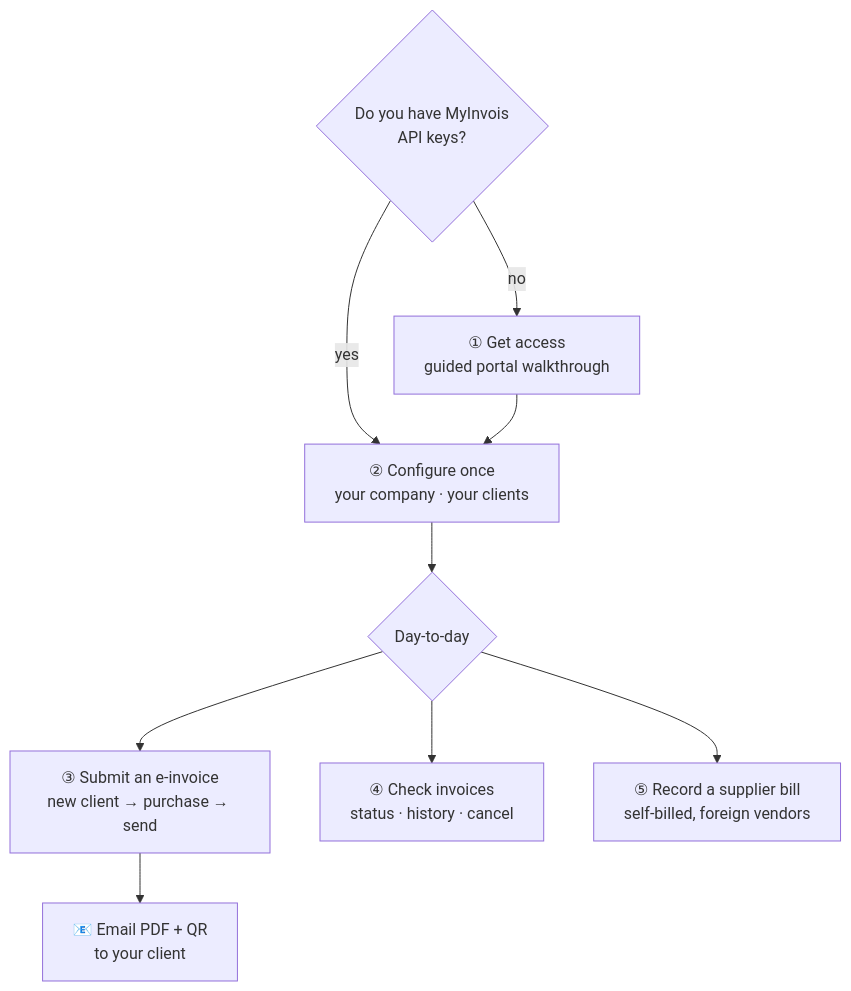
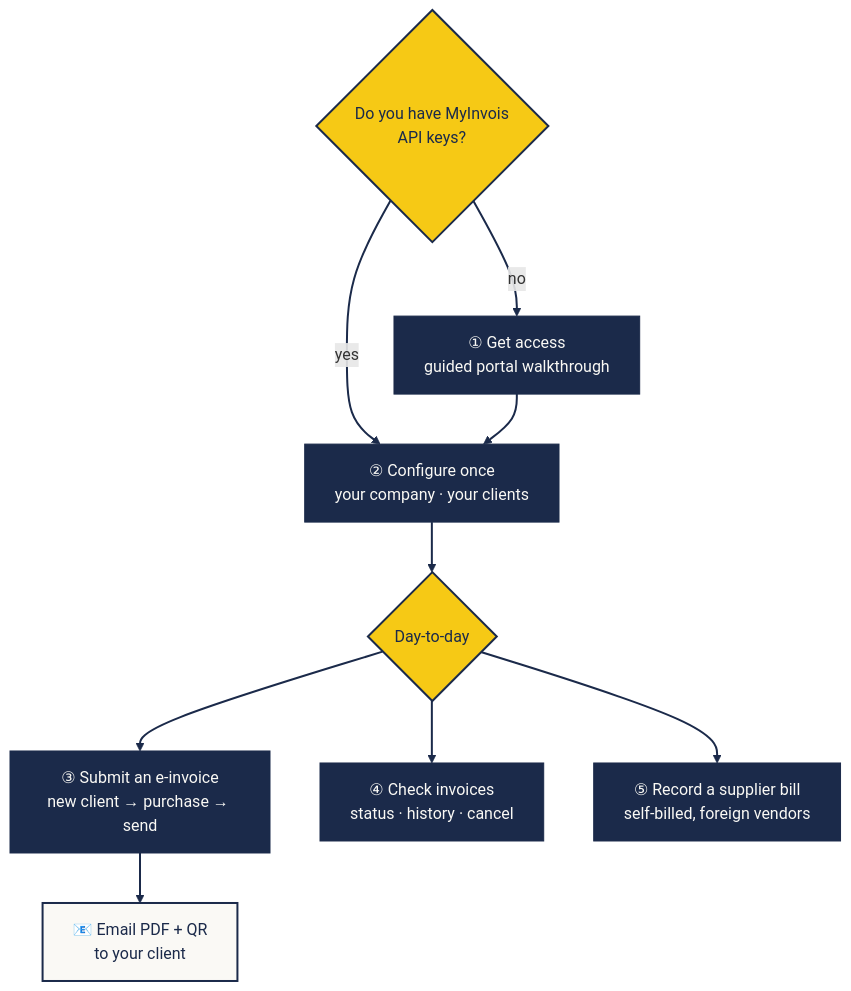
One commit to techtemplemy/mcp-myinvois changed the first of 2 diagrams in README.md. Above: the diagram before and after it, drawn with Mermaid. The commit also changed other lines of this file and 2 other files, not shown here.

First line of the commit message:
Add project logo; brand the mermaid charts; add architecture diagram

````diff
--- a/README.md
+++ b/README.md
@@ -13,11 +17,19 @@
 ```mermaid
 flowchart TD
     A{"Do you have MyInvois<br/>API keys?"} -->|no| B["① Get access<br/>guided portal walkthrough"]
     A -->|yes| C["② Configure once<br/>your company · your clients"]
     B --> C
     C --> D{"Day-to-day"}
     D --> E["③ Submit an e-invoice<br/>new client → purchase → send"]
     D --> F["④ Check invoices<br/>status · history · cancel"]
     D --> G["⑤ Record a supplier bill<br/>self-billed, foreign vendors"]
     E --> H["📧 Email PDF + QR<br/>to your client"]
+
+    classDef ask fill:#F6C915,stroke:#1B2A4A,stroke-width:2px,color:#1B2A4A
+    classDef journey fill:#1B2A4A,stroke:#1B2A4A,color:#FAF9F5
+    classDef result fill:#FAF9F5,stroke:#1B2A4A,stroke-width:2px,color:#1B2A4A
+    class A,D ask
+    class B,C,E,F,G journey
+    class H result
+    linkStyle default stroke:#1B2A4A,stroke-width:2px
 ```
````
